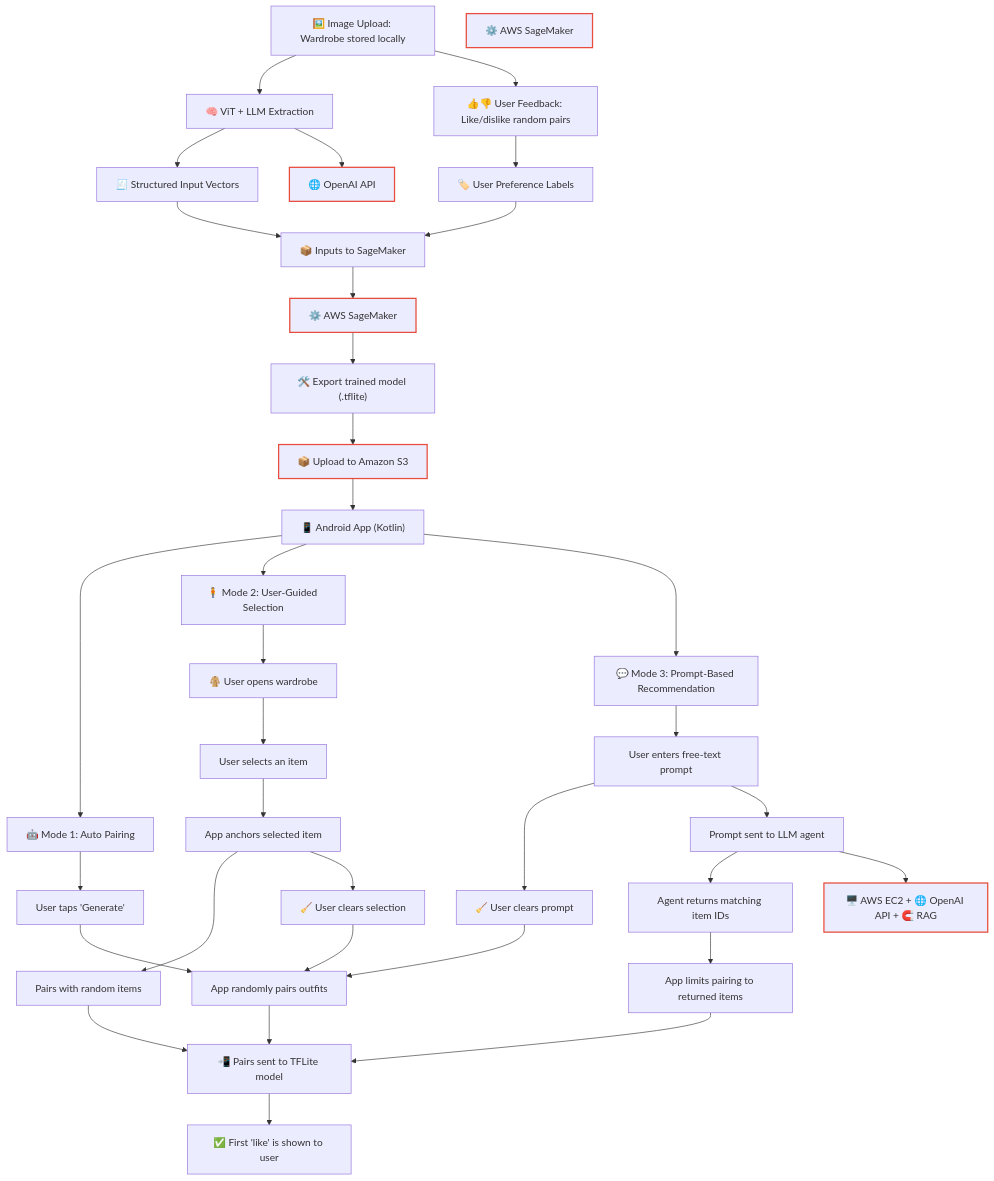
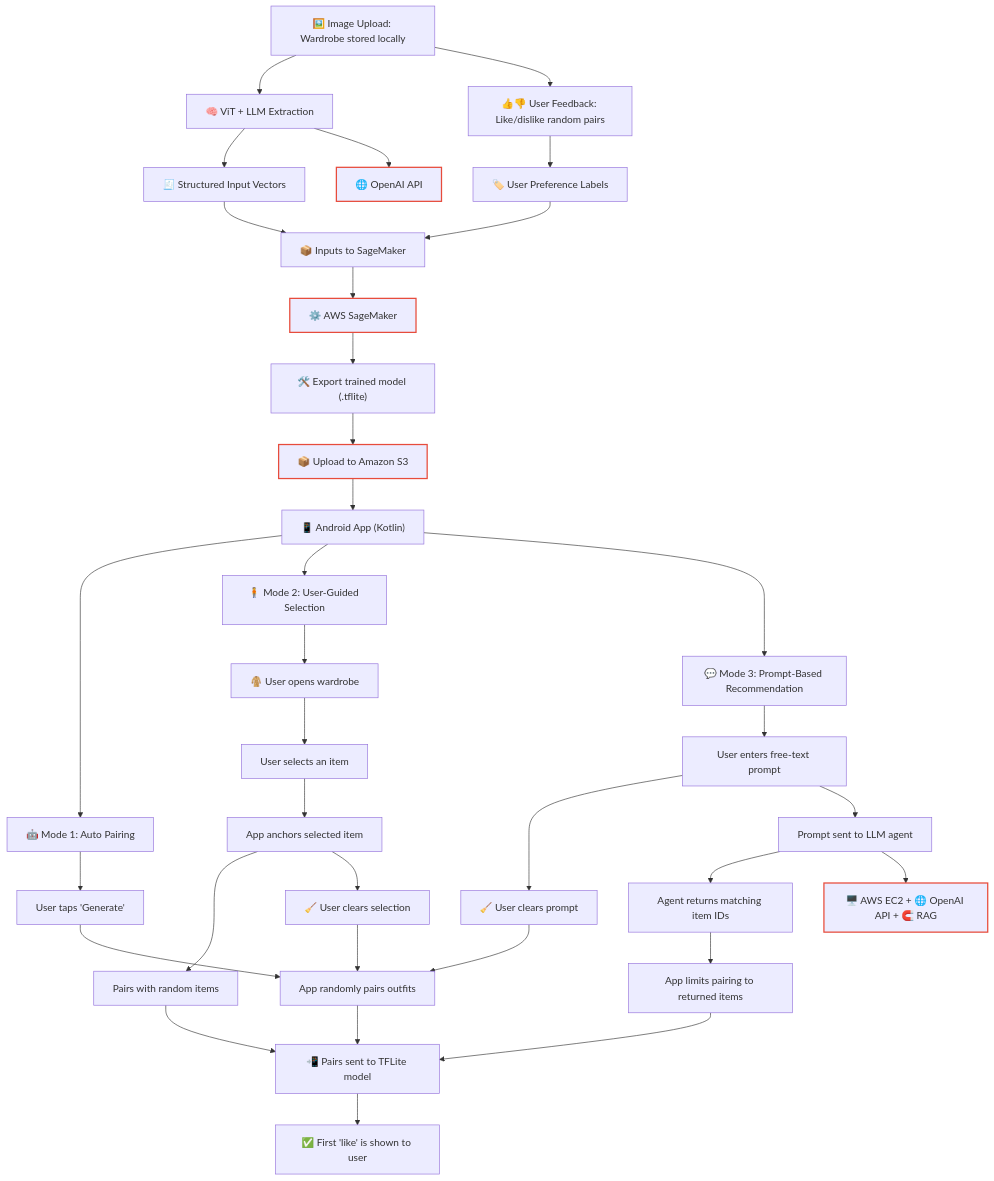
The diagram in README.md (DressMe-AI/awesome-dressmeai), drawn with Mermaid before and after one commit.

````diff
--- a/README.md
+++ b/README.md
@@ -44,57 +44,56 @@
 ```mermaid
 flowchart TD
     %% Core pipeline
     A["🖼️ Image Upload: Wardrobe stored locally"] --> B
     A --> C
     B["🧠 ViT + LLM Extraction"] --> D
     C["👍👎 User Feedback: Like/dislike random pairs"] --> E
     D["🧾 Structured Input Vectors"] --> train_input
     E["🏷️ User Preference Labels"] --> train_input
     train_input["📦 Inputs to SageMaker"] --> sagemaker["⚙️ AWS SageMaker"]:::external
     sagemaker --> tflite_export["🛠️ Export trained model (.tflite)"]
     tflite_export --> S3_upload["📦 Upload to Amazon S3"]:::external
     S3_upload --> H_app["📱 Android App (Kotlin)"]
     H_app["📱 Android App (Kotlin)"] --> I1_start
     H_app --> I2_start
     H_app --> I3_start
 
     %% Mode 1
     I1_start["🤖 Mode 1: Auto Pairing"] --> I1_a["User taps 'Generate'"]
     I1_a --> I1_b["App randomly pairs outfits"]
     I1_b --> I_common
 
     %% Mode 2
     I2_start["🧍 Mode 2: User-Guided Selection"] --> I2_a["🧥 User opens wardrobe"]
     I2_a --> I2_access["User selects an item"]
     I2_access --> I2_b["App anchors selected item"]
     I2_b --> I2_c["Pairs with random items"]
     I2_b --> I2_fallback["🧹 User clears selection"]
     I2_fallback --> I1_b
     I2_c --> I_common
 
     %% Mode 3
     I3_start["💬 Mode 3: Prompt-Based Recommendation"] --> I3_a["User enters free-text prompt"]
     I3_a --> I3_fallback["🧹 User clears prompt"]
     I3_fallback --> I1_b
     I3_a --> I3_b["Prompt sent to LLM agent"]
     I3_b --> I3_c["Agent returns matching item IDs"]
     I3_c --> I3_d["App limits pairing to returned items"]
     I3_d --> I_common
 
     %% Shared DL inference
     I_common["📲 Pairs sent to TFLite model"] --> I_final["✅ First 'like' is shown to user"]
 
     %% External systems as side nodes
     ext_openai["🌐 OpenAI API"]:::external
     ext_ec2["🖥️ AWS EC2 + 🌐 OpenAI API + 🧲 RAG"]:::external
-    ext_sagemaker["⚙️ AWS SageMaker"]:::external
 
     %% Arrows to external systems
     B --> ext_openai
     I3_b --> ext_ec2
 
     %% Styling for external nodes
     classDef external stroke:#e74c3c,stroke-width:2px;
     class S3_upload,sagemaker external;
 
 ```
````
